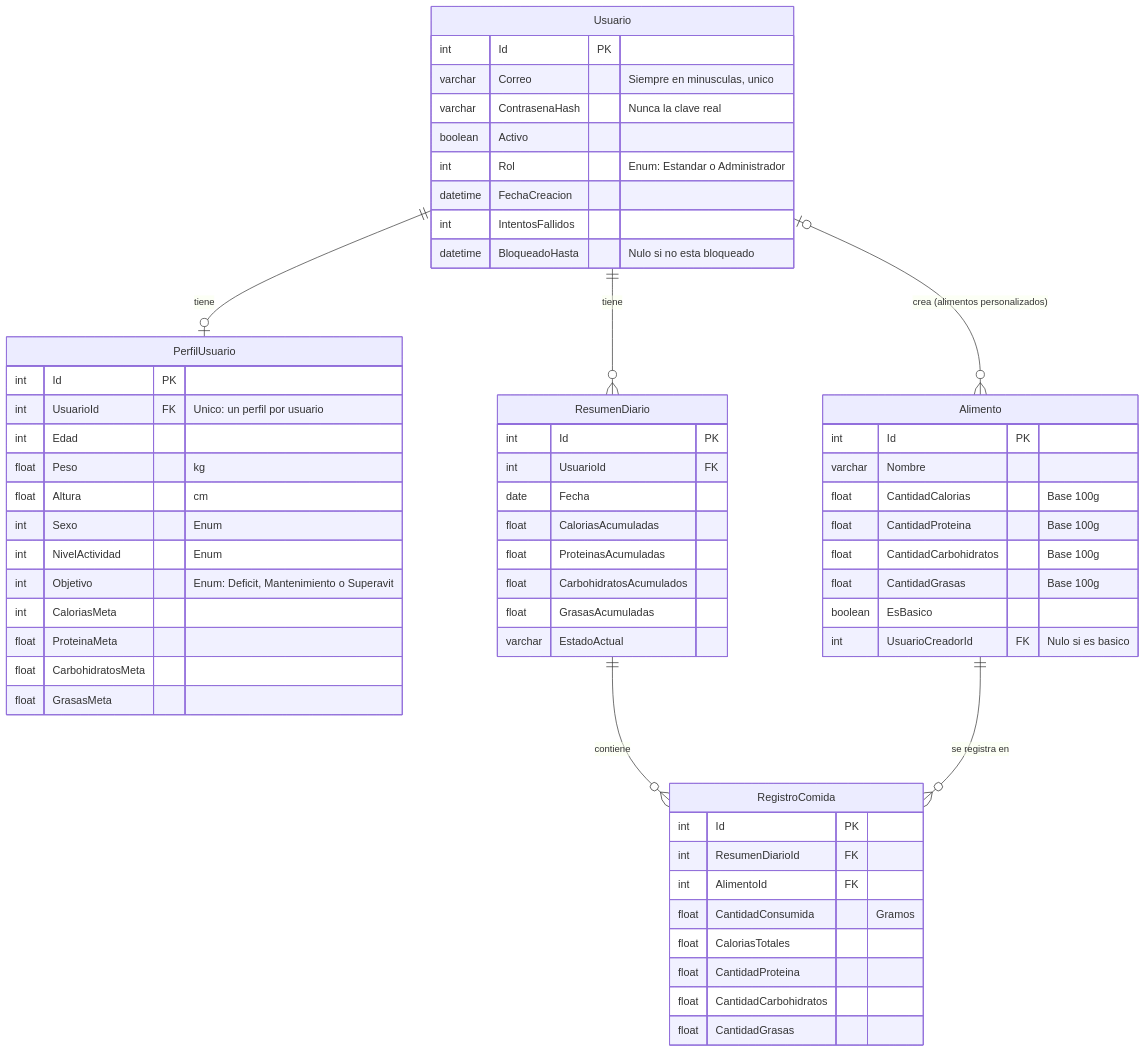
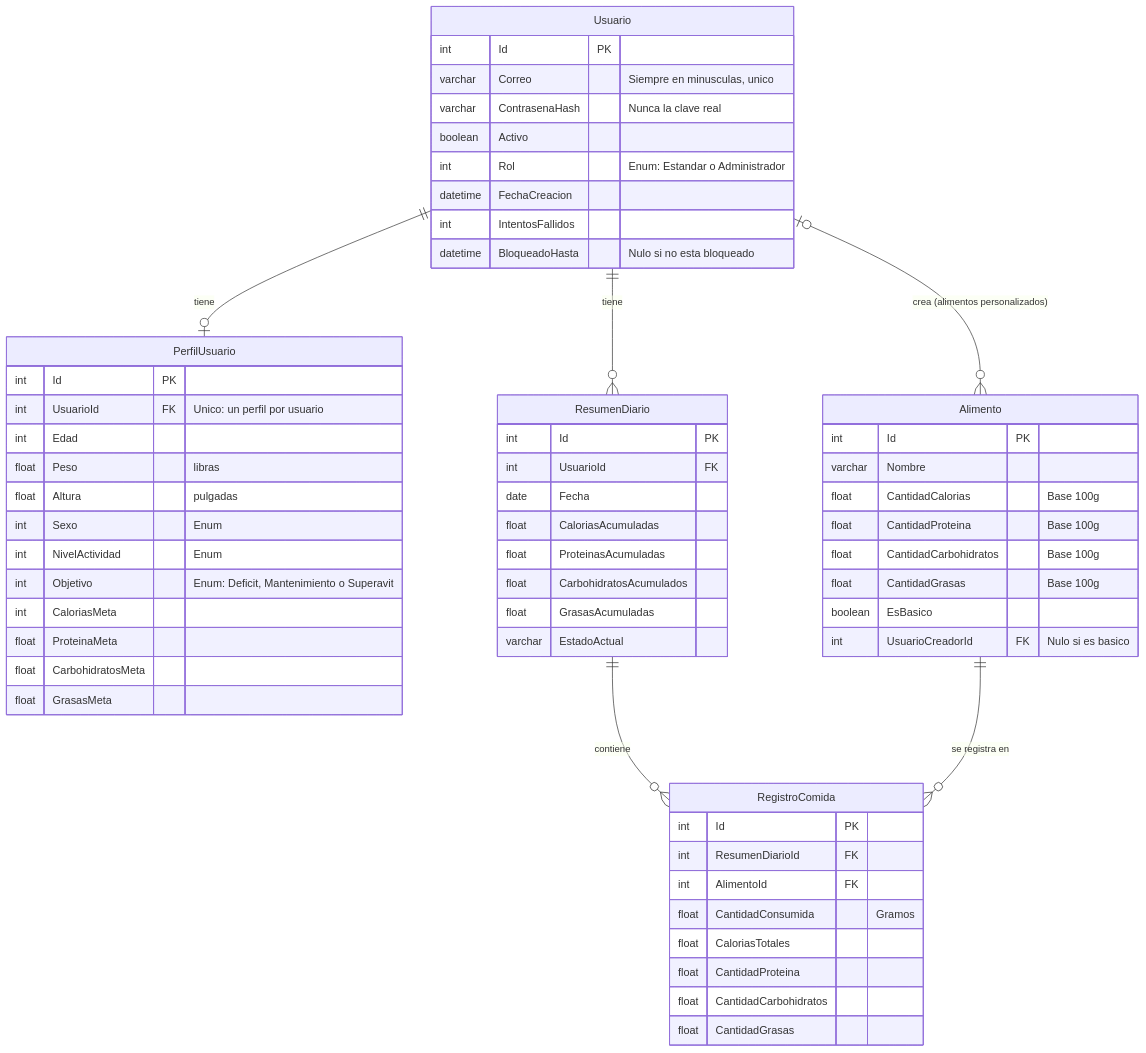
One commit to carlosgabrielcastellanossuriel-lgtm/FitTrack changed the third of 3 diagrams in README.md. Above: the diagram before and after it, drawn with Mermaid. The commit also changed other lines of this file and 12 other files, not shown here.

````diff
--- a/README.md
+++ b/README.md
@@ -170,68 +161,68 @@
 ```mermaid
 erDiagram
     Usuario {
         int Id PK
         varchar Correo "Siempre en minusculas, unico"
         varchar ContrasenaHash "Nunca la clave real"
         boolean Activo
         int Rol "Enum: Estandar o Administrador"
         datetime FechaCreacion
         int IntentosFallidos
         datetime BloqueadoHasta "Nulo si no esta bloqueado"
     }
 
     PerfilUsuario {
         int Id PK
         int UsuarioId FK "Unico: un perfil por usuario"
         int Edad
-        float Peso "kg"
-        float Altura "cm"
+        float Peso "libras"
+        float Altura "pulgadas"
         int Sexo "Enum"
         int NivelActividad "Enum"
         int Objetivo "Enum: Deficit, Mantenimiento o Superavit"
         int CaloriasMeta
         float ProteinaMeta
         float CarbohidratosMeta
         float GrasasMeta
     }
 
     Alimento {
         int Id PK
         varchar Nombre
         float CantidadCalorias "Base 100g"
         float CantidadProteina "Base 100g"
         float CantidadCarbohidratos "Base 100g"
         float CantidadGrasas "Base 100g"
         boolean EsBasico
         int UsuarioCreadorId FK "Nulo si es basico"
     }
 
     ResumenDiario {
         int Id PK
         int UsuarioId FK
         date Fecha
         float CaloriasAcumuladas
         float ProteinasAcumuladas
         float CarbohidratosAcumulados
         float GrasasAcumuladas
         varchar EstadoActual
     }
 
     RegistroComida {
         int Id PK
         int ResumenDiarioId FK
         int AlimentoId FK
         float CantidadConsumida "Gramos"
         float CaloriasTotales
         float CantidadProteina
         float CantidadCarbohidratos
         float CantidadGrasas
     }
 
     %% Relaciones
     Usuario ||--o| PerfilUsuario : "tiene"
     Usuario |o--o{ Alimento : "crea (alimentos personalizados)"
     Usuario ||--o{ ResumenDiario : "tiene"
     ResumenDiario ||--o{ RegistroComida : "contiene"
     Alimento ||--o{ RegistroComida : "se registra en"
 ```
````
